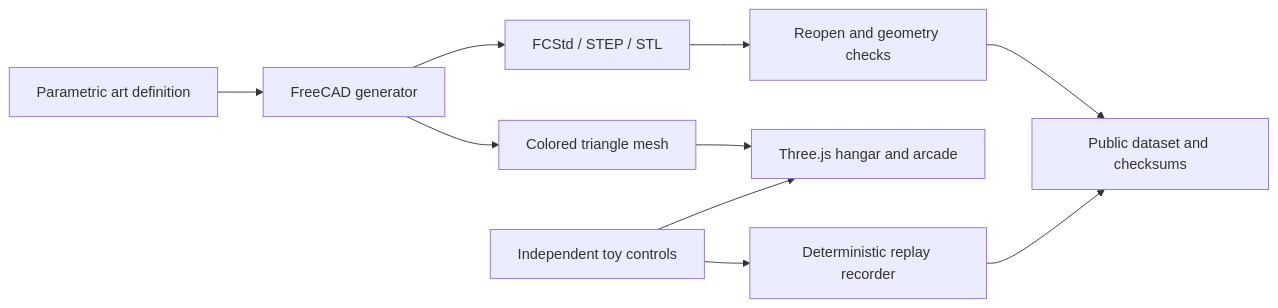
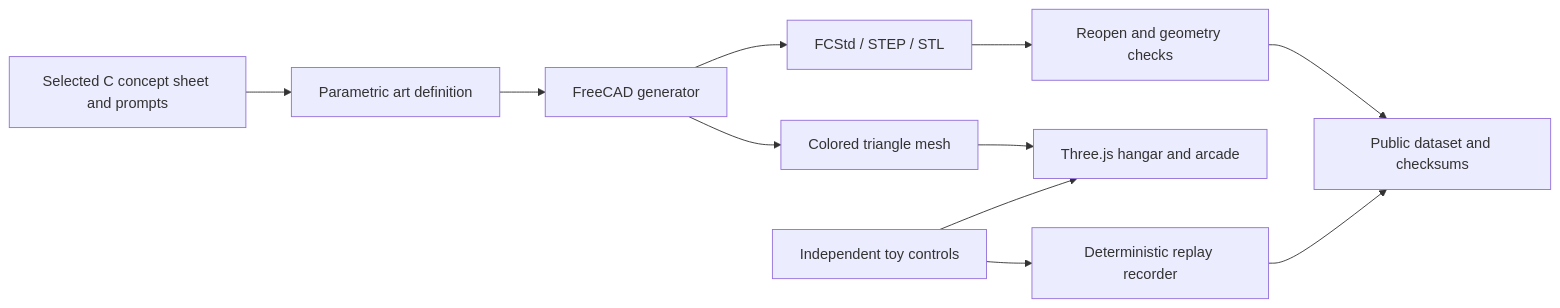
The diagram in docs/architecture.md (onizuka-agi-co/onizuka-aero-agi-co), drawn with Mermaid before and after one commit. The commit also changed other lines of this file and 53 other files, not shown here.

Commit message:
Redesign AX-01 as the selected SUZAKU toy with shared CAD game meshes

````diff
--- a/docs/architecture.md
+++ b/docs/architecture.md
@@ -7,12 +7,13 @@
-```mermaid
+~~~mermaid
 flowchart LR
-  A[Parametric art definition] --> B[FreeCAD generator]
-  B --> C[FCStd / STEP / STL]
-  B --> D[Colored triangle mesh]
-  C --> E[Reopen and geometry checks]
-  D --> F[Three.js hangar and arcade]
-  G[Independent toy controls] --> F
-  G --> H[Deterministic replay recorder]
-  E --> I[Public dataset and checksums]
-  H --> I
-```
+  A[Selected C concept sheet and prompts] --> B[Parametric art definition]
+  B --> C[FreeCAD generator]
+  C --> D[FCStd / STEP / STL]
+  C --> E[Colored triangle mesh]
+  D --> F[Reopen and geometry checks]
+  E --> G[Three.js hangar and arcade]
+  H[Independent toy controls] --> G
+  H --> I[Deterministic replay recorder]
+  F --> J[Public dataset and checksums]
+  I --> J
+~~~
````
